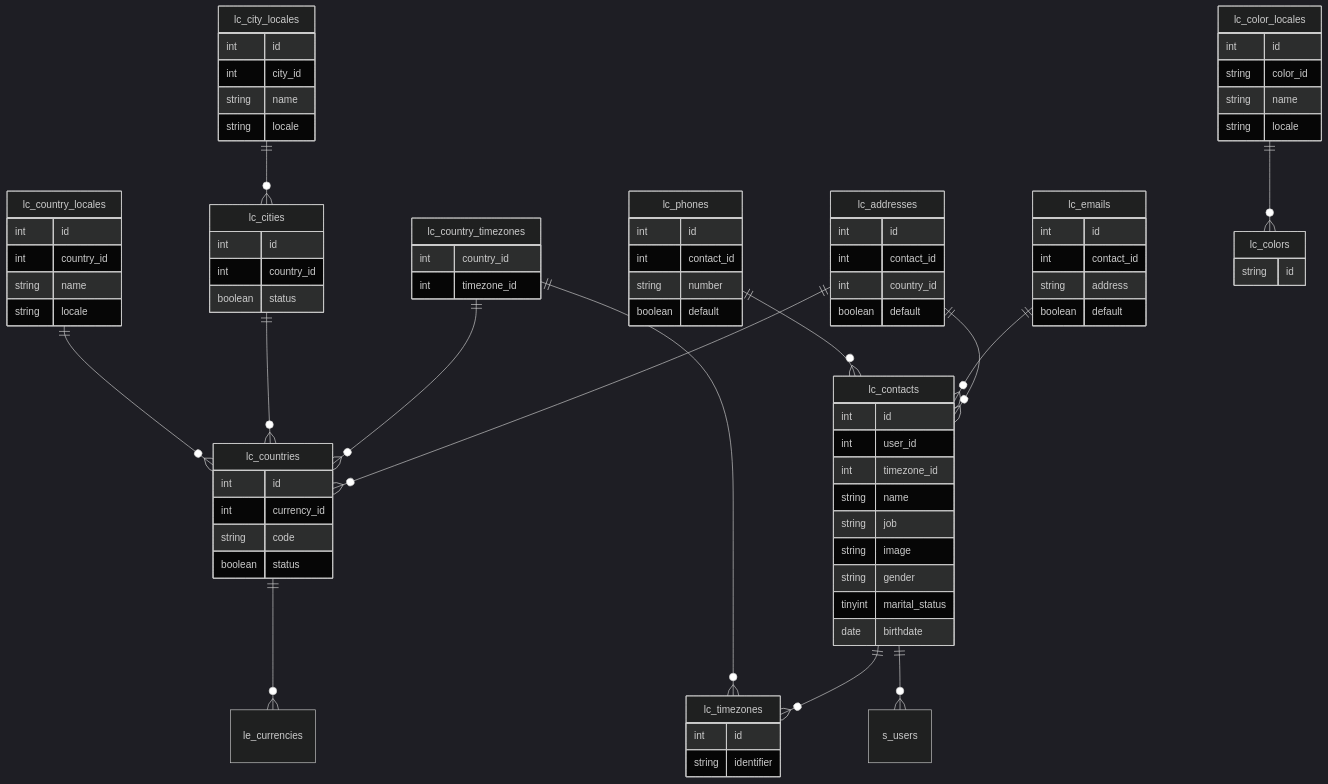
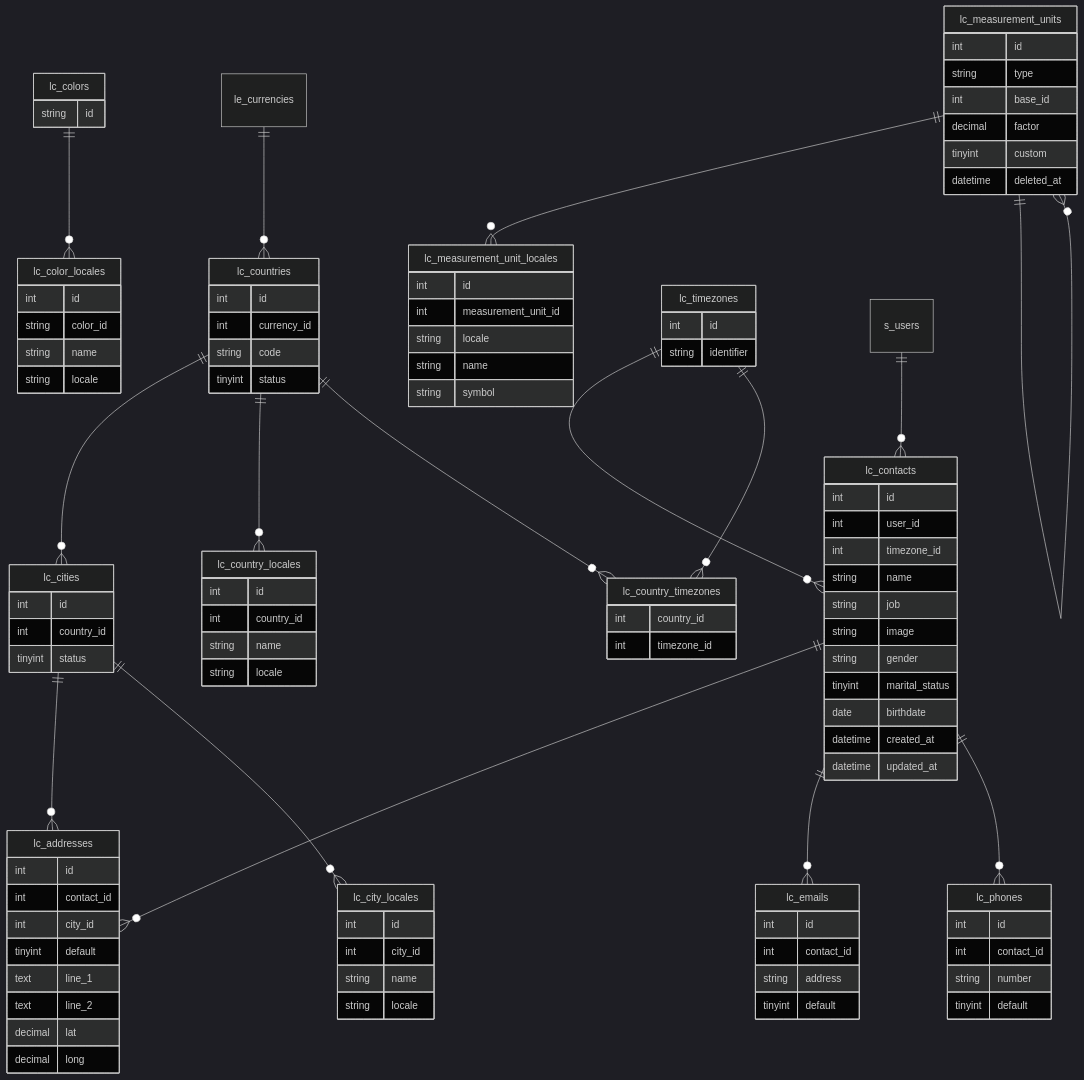
Before and after one commit to grey-dev-0/oaters: the diagram in docs/database/common-diagram.md, drawn with Mermaid (dark theme). The commit also changed 10 other files, not shown here.

Commit message:
Updated ERD generation based on deployed database schema instead of migration files scanning.

````diff
--- a/docs/database/common-diagram.md
+++ b/docs/database/common-diagram.md
@@ -3,21 +3,19 @@
 ```mermaid
 erDiagram
-    lc_countries {
+    lc_addresses {
         int id
-        int currency_id
-        string code
-        boolean status
-    }
-    lc_country_locales {
-        int id
-        int country_id
-        string name
-        string locale
+        int contact_id
+        int city_id
+        tinyint default
+        text line_1
+        text line_2
+        decimal lat
+        decimal long
     }
     lc_cities {
         int id
         int country_id
-        boolean status
+        tinyint status
     }
     lc_city_locales {
         int id
@@ -25,13 +23,14 @@
         string name
         string locale
     }
-    lc_timezones {
+    lc_color_locales {
         int id
-        string identifier
+        string color_id
+        string name
+        string locale
     }
-    lc_country_timezones {
-        int country_id
-        int timezone_id
+    lc_colors {
+        string id
     }
     lc_contacts {
         int id
@@ -43,46 +42,70 @@
         string gender
         tinyint marital_status
         date birthdate
+        datetime created_at
+        datetime updated_at
+    }
+    lc_countries {
+        int id
+        int currency_id
+        string code
+        tinyint status
+    }
+    lc_country_locales {
+        int id
+        int country_id
+        string name
+        string locale
+    }
+    lc_country_timezones {
+        int country_id
+        int timezone_id
+    }
+    lc_emails {
+        int id
+        int contact_id
+        string address
+        tinyint default
+    }
+    lc_measurement_unit_locales {
+        int id
+        int measurement_unit_id
+        string locale
+        string name
+        string symbol
+    }
+    lc_measurement_units {
+        int id
+        string type
+        int base_id
+        decimal factor
+        tinyint custom
+        datetime deleted_at
     }
     lc_phones {
         int id
         int contact_id
         string number
-        boolean default
+        tinyint default
     }
-    lc_emails {
+    lc_timezones {
         int id
-        int contact_id
-        string address
-        boolean default
+        string identifier
     }
-    lc_addresses {
-        int id
-        int contact_id
-        int country_id
-        boolean default
-    }
-    lc_colors {
-        string id
-    }
-    lc_color_locales {
-        int id
-        string color_id
-        string name
-        string locale
-    }
-    lc_countries ||--o{ le_currencies : ""
-    lc_country_locales ||--o{ lc_countries : ""
-    lc_cities ||--o{ lc_countries : ""
-    lc_city_locales ||--o{ lc_cities : ""
-    lc_country_timezones ||--o{ lc_countries : ""
-    lc_country_timezones ||--o{ lc_timezones : ""
-    lc_contacts ||--o{ s_users : ""
-    lc_contacts ||--o{ lc_timezones : ""
-    lc_phones ||--o{ lc_contacts : ""
-    lc_emails ||--o{ lc_contacts : ""
-    lc_addresses ||--o{ lc_contacts : ""
-    lc_addresses ||--o{ lc_countries : ""
-    lc_color_locales ||--o{ lc_colors : ""
+    lc_cities ||--o{ lc_addresses : ""
+    lc_contacts ||--o{ lc_addresses : ""
+    lc_countries ||--o{ lc_cities : ""
+    lc_cities ||--o{ lc_city_locales : ""
+    lc_colors ||--o{ lc_color_locales : ""
+    lc_timezones ||--o{ lc_contacts : ""
+    s_users ||--o{ lc_contacts : ""
+    le_currencies ||--o{ lc_countries : ""
+    lc_countries ||--o{ lc_country_locales : ""
+    lc_countries ||--o{ lc_country_timezones : ""
+    lc_timezones ||--o{ lc_country_timezones : ""
+    lc_contacts ||--o{ lc_emails : ""
+    lc_measurement_units ||--o{ lc_measurement_unit_locales : ""
+    lc_measurement_units ||--o{ lc_measurement_units : ""
+    lc_contacts ||--o{ lc_phones : ""
 
 ```
````
